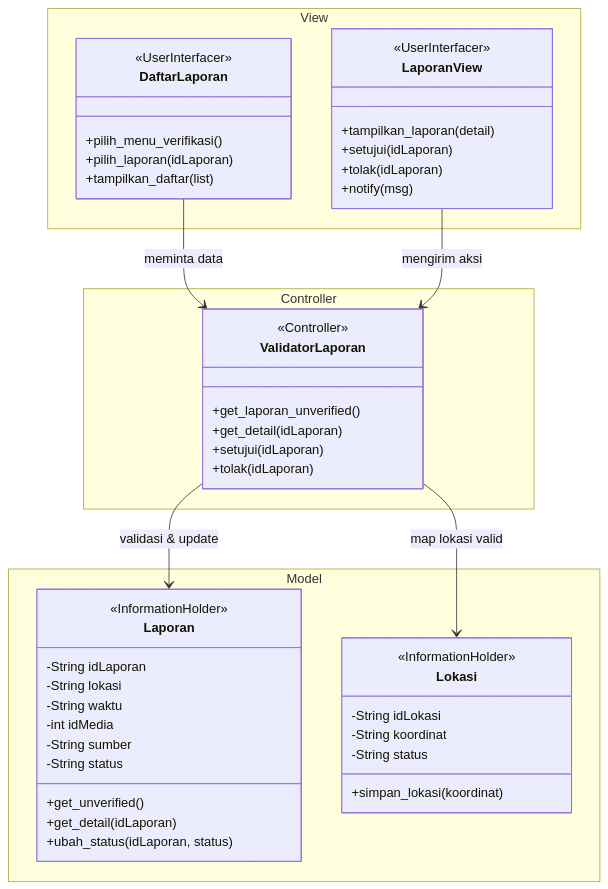
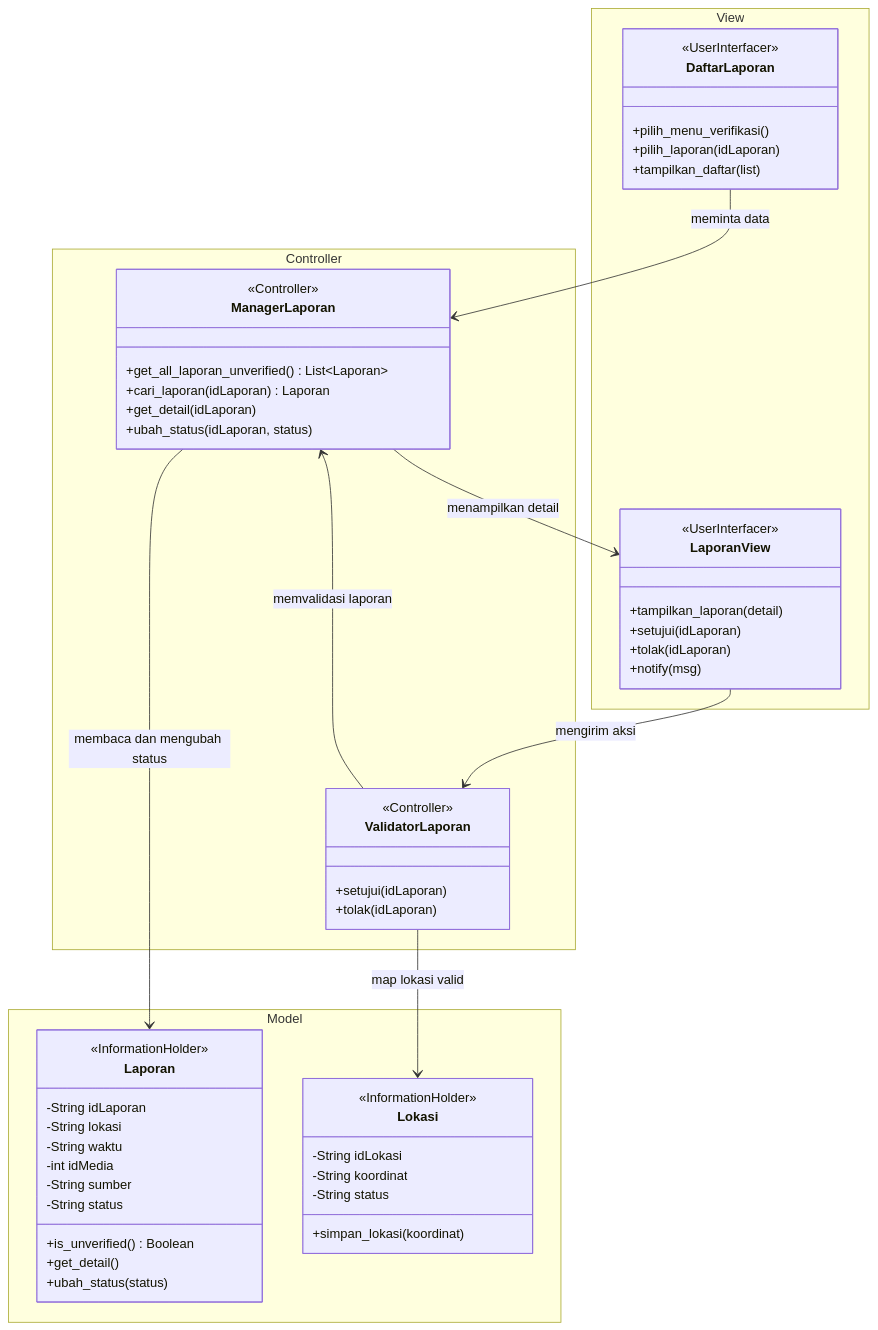
Diagram 12 of 29 in docs/M8/K03_G02_DPPL2.md (star-scripter/IF2150-RPL-K03-G02), drawn with Mermaid before and after one commit. The commit also changed other lines of this file, not shown here.

````diff
--- a/docs/M8/K03_G02_DPPL2.md
+++ b/docs/M8/K03_G02_DPPL2.md
@@ -687,55 +720,62 @@
 ```mermaid
 classDiagram
     namespace View {
         class DaftarLaporan {
             <<UserInterfacer>>
             +pilih_menu_verifikasi()
             +pilih_laporan(idLaporan)
             +tampilkan_daftar(list)
         }
         class LaporanView {
             <<UserInterfacer>>
             +tampilkan_laporan(detail)
             +setujui(idLaporan)
             +tolak(idLaporan)
             +notify(msg)
         }
     }
     
     namespace Controller {
         class ValidatorLaporan {
             <<Controller>>
-            +get_laporan_unverified()
-            +get_detail(idLaporan)
             +setujui(idLaporan)
             +tolak(idLaporan)
+        }
+        class ManagerLaporan {
+            <<Controller>>
+            +get_all_laporan_unverified() List~Laporan~
+            +cari_laporan(idLaporan) Laporan
+            +get_detail(idLaporan)
+            +ubah_status(idLaporan, status)
         }
     }
     
     namespace Model {
         class Laporan {
             <<InformationHolder>>
             -String idLaporan
             -String lokasi
             -String waktu
             -int idMedia
             -String sumber
             -String status
-            +get_unverified()
-            +get_detail(idLaporan)
-            +ubah_status(idLaporan, status)
+            +is_unverified() Boolean
+            +get_detail()
+            +ubah_status(status)
         }
         class Lokasi {
             <<InformationHolder>>
             -String idLokasi
             -String koordinat
             -String status
             +simpan_lokasi(koordinat)
         }
     }
 
-    DaftarLaporan --> ValidatorLaporan : meminta data
+    DaftarLaporan --> ManagerLaporan : meminta data
     LaporanView --> ValidatorLaporan : mengirim aksi
-    ValidatorLaporan --> Laporan : validasi & update
+    ValidatorLaporan --> ManagerLaporan : memvalidasi laporan
     ValidatorLaporan --> Lokasi : map lokasi valid
+    ManagerLaporan --> Laporan : membaca dan mengubah status
+    ManagerLaporan --> LaporanView : menampilkan detail
 ```
````
